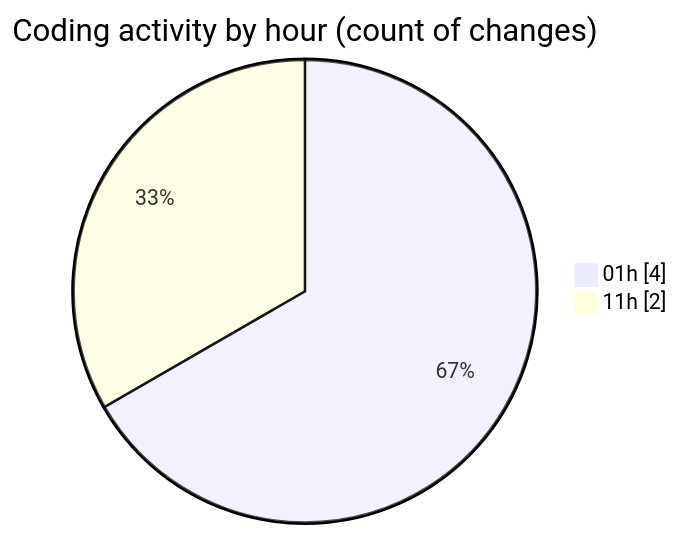
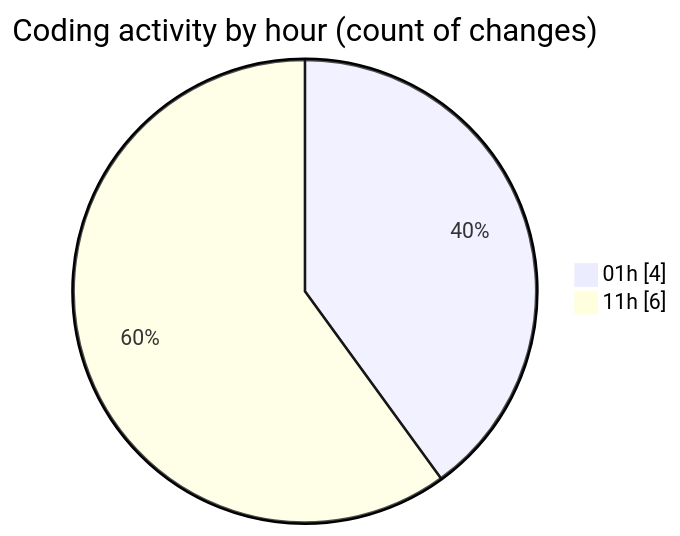
One commit to julien-gomy/code-tracking changed the second of 2 diagrams in 2025-10-29/eventscop-api-guide__workspace_/README.md. Above: the diagram before and after it, drawn with Mermaid. The commit also changed other lines of this file and 1 other file, not shown here.

````diff
--- a/2025-10-29/eventscop-api-guide__workspace_/README.md
+++ b/2025-10-29/eventscop-api-guide__workspace_/README.md
@@ -29,6 +31,6 @@
 ```mermaid
 pie showData
 title Coding activity by hour (count of changes)
 "01h" : 4
-"11h" : 2
+"11h" : 6
 ```
````
